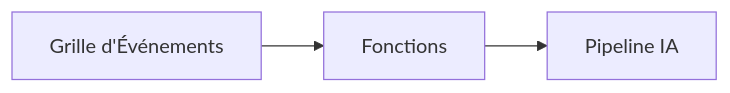
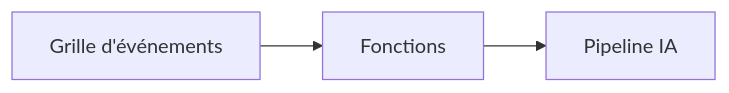
One commit to microsoft/AZD-for-beginners changed the second of 2 diagrams in translations/fr/docs/chapter-08-production/README.md. Above: the diagram before and after it, drawn with Mermaid. The commit also changed other lines of this file and 104 other files, not shown here.

````diff
--- a/translations/fr/docs/chapter-08-production/README.md
+++ b/translations/fr/docs/chapter-08-production/README.md
@@ -56,4 +57,4 @@
 ```mermaid
 graph LR
-    EventGrid[Grille d'Événements] --> Functions[Fonctions] --> Pipeline[Pipeline IA]
+    EventGrid[Grille d'événements] --> Functions[Fonctions] --> Pipeline[Pipeline IA]
 ```
````
